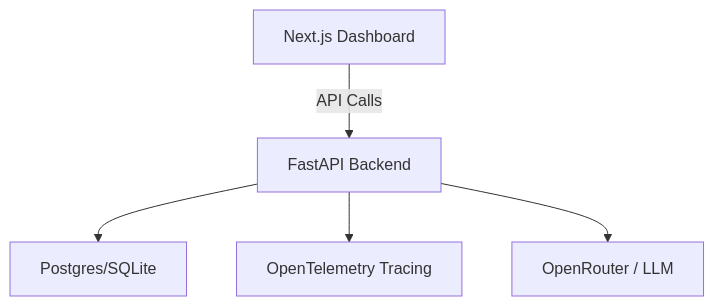
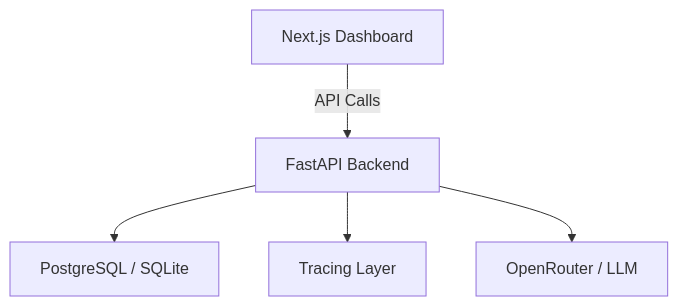
One commit to atharva18-hue/Agent-control-room-observability changed the diagram in README.md. Above: the diagram before and after it, drawn with Mermaid. The commit also changed other lines of this file, not shown here.

````diff
--- a/README.md
+++ b/README.md
@@ -25,7 +37,7 @@
 ```mermaid
 graph TD
     A[Next.js Dashboard] -->|API Calls| B[FastAPI Backend]
-    B --> C[Postgres/SQLite]
-    B --> D[OpenTelemetry Tracing]
+    B --> C[PostgreSQL / SQLite]
+    B --> D[Tracing Layer]
     B --> E[OpenRouter / LLM]
 ```
````
